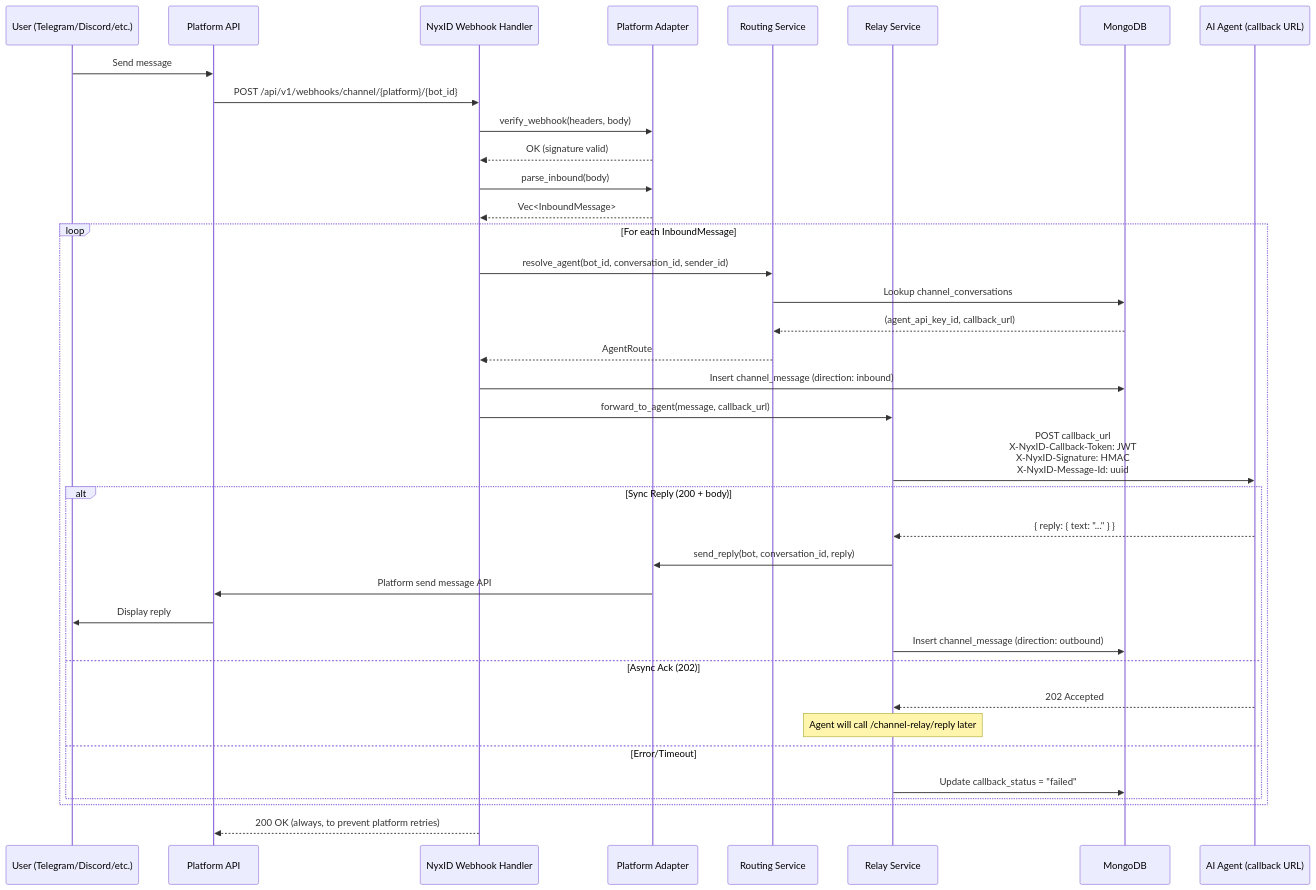
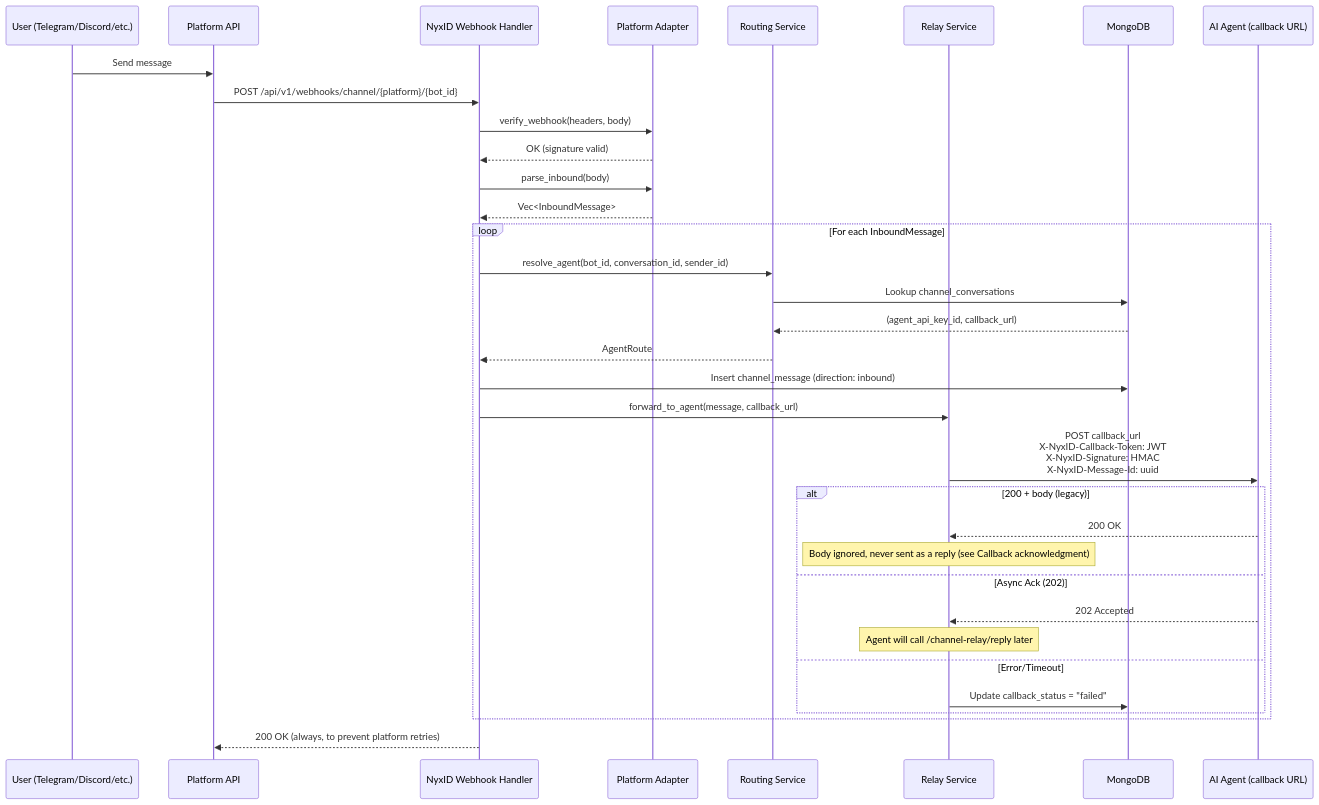
The second of 17 diagrams in docs/CHANNEL_BOT_RELAY.md (ChronoAIProject/NyxID), drawn with Mermaid before and after one commit. The commit also changed other lines of this file and 39 other files, not shown here.

````diff
--- a/docs/CHANNEL_BOT_RELAY.md
+++ b/docs/CHANNEL_BOT_RELAY.md
@@ -269,45 +276,42 @@
 ```mermaid
 sequenceDiagram
     participant U as User (Telegram/Discord/etc.)
     participant P as Platform API
     participant W as NyxID Webhook Handler
     participant A as Platform Adapter
     participant R as Routing Service
     participant RL as Relay Service
     participant DB as MongoDB
     participant AG as AI Agent (callback URL)
 
     U->>P: Send message
     P->>W: POST /api/v1/webhooks/channel/{platform}/{bot_id}
     W->>A: verify_webhook(headers, body)
     A-->>W: OK (signature valid)
     W->>A: parse_inbound(body)
     A-->>W: Vec<InboundMessage>
 
     loop For each InboundMessage
         W->>R: resolve_agent(bot_id, conversation_id, sender_id)
         R->>DB: Lookup channel_conversations
         DB-->>R: (agent_api_key_id, callback_url)
         R-->>W: AgentRoute
 
         W->>DB: Insert channel_message (direction: inbound)
 
         W->>RL: forward_to_agent(message, callback_url)
         RL->>AG: POST callback_url<br/>X-NyxID-Callback-Token: JWT<br/>X-NyxID-Signature: HMAC<br/>X-NyxID-Message-Id: uuid
 
-        alt Sync Reply (200 + body)
-            AG-->>RL: { reply: { text: "..." } }
-            RL->>A: send_reply(bot, conversation_id, reply)
-            A->>P: Platform send message API
-            P->>U: Display reply
-            RL->>DB: Insert channel_message (direction: outbound)
+        alt 200 + body (legacy)
+            AG-->>RL: 200 OK
+            Note over RL: Body ignored, never sent as a reply (see Callback acknowledgment)
         else Async Ack (202)
             AG-->>RL: 202 Accepted
             Note over RL: Agent will call /channel-relay/reply later
         else Error/Timeout
             RL->>DB: Update callback_status = "failed"
         end
     end
 
     W-->>P: 200 OK (always, to prevent platform retries)
 ```
````
